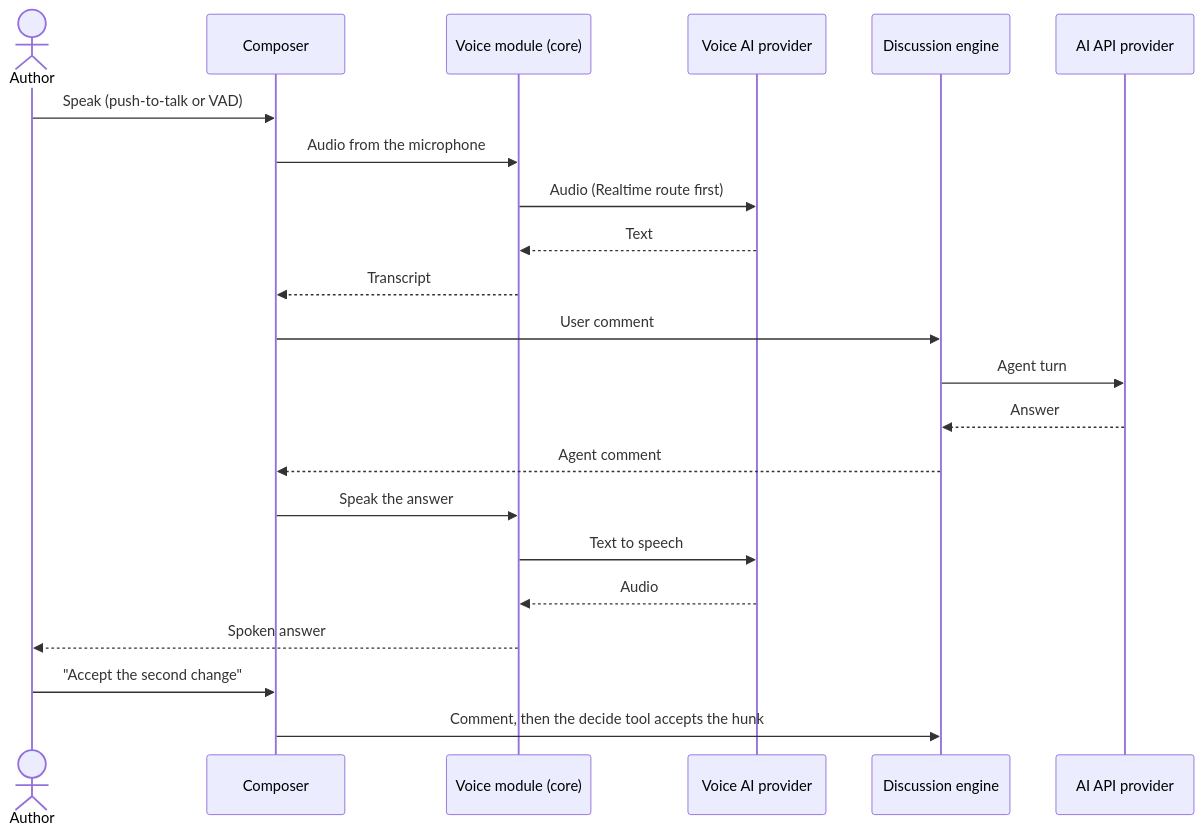
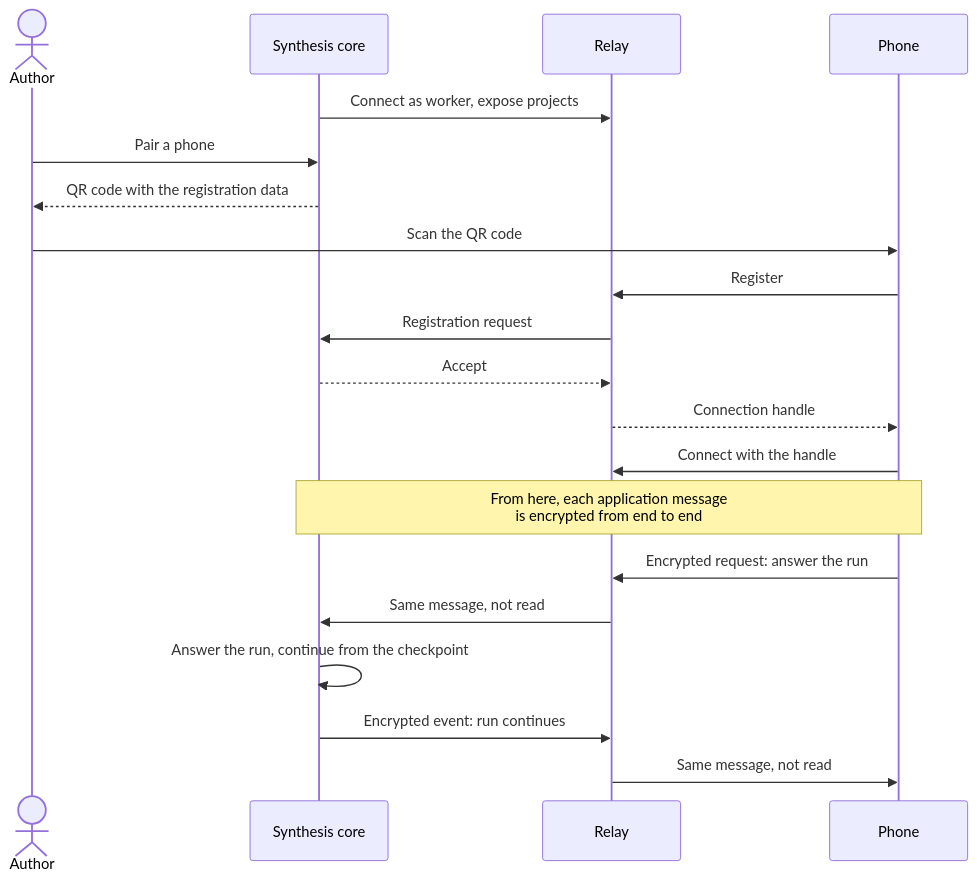
The ninth of 10 diagrams in docs/HLD.md (BR5-TECH/synthesis), drawn with Mermaid before and after one commit. The commit also changed other lines of this file, not shown here.

````diff
--- a/docs/HLD.md
+++ b/docs/HLD.md
@@ -775,25 +1043,23 @@
 ```mermaid
 sequenceDiagram
     actor A as Author
-    participant UI as Composer
-    participant VC as Voice module (core)
-    participant V as Voice AI provider
-    participant C as Discussion engine
-    participant P as AI API provider
+    participant IDE as Synthesis core
+    participant R as Relay
+    participant P as Phone
 
-    A->>UI: Speak (push-to-talk or VAD)
-    UI->>VC: Audio from the microphone
-    VC->>V: Audio (Realtime route first)
-    V-->>VC: Text
-    VC-->>UI: Transcript
-    UI->>C: User comment
-    C->>P: Agent turn
-    P-->>C: Answer
-    C-->>UI: Agent comment
-    UI->>VC: Speak the answer
-    VC->>V: Text to speech
-    V-->>VC: Audio
-    VC-->>A: Spoken answer
-    A->>UI: "Accept the second change"
-    UI->>C: Comment, then the decide tool accepts the hunk
+    IDE->>R: Connect as worker, expose projects
+    A->>IDE: Pair a phone
+    IDE-->>A: QR code with the registration data
+    A->>P: Scan the QR code
+    P->>R: Register
+    R->>IDE: Registration request
+    IDE-->>R: Accept
+    R-->>P: Connection handle
+    P->>R: Connect with the handle
+    Note over IDE,P: From here, each application message<br/>is encrypted from end to end
+    P->>R: Encrypted request: answer the run
+    R->>IDE: Same message, not read
+    IDE->>IDE: Answer the run, continue from the checkpoint
+    IDE->>R: Encrypted event: run continues
+    R->>P: Same message, not read
 ```
````
